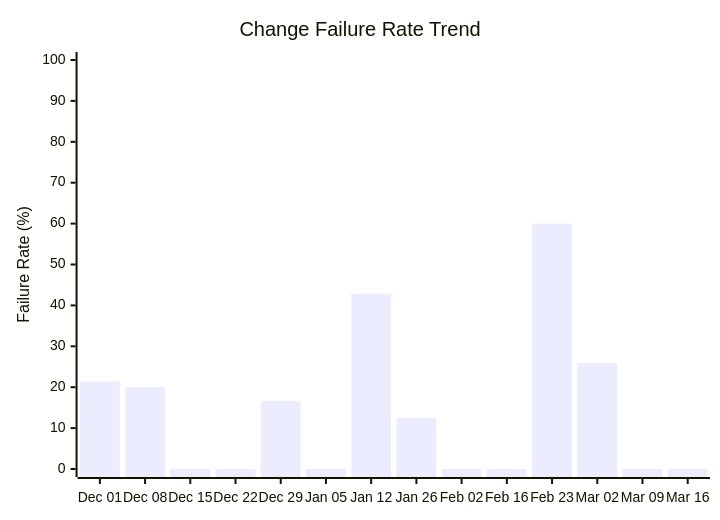
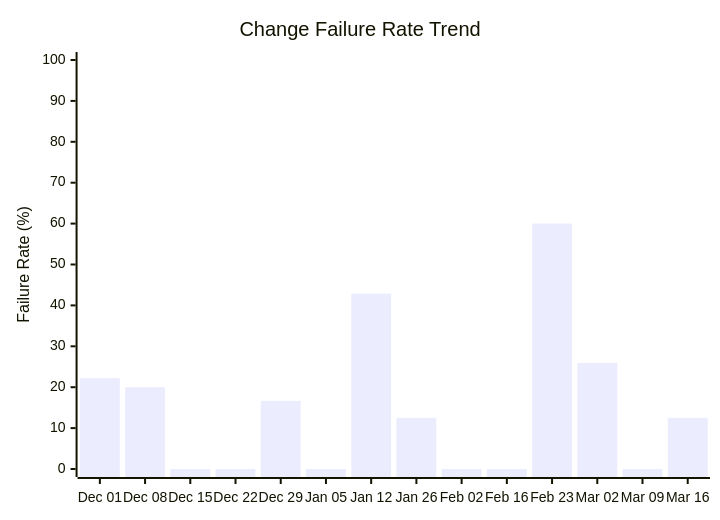
Before and after one commit to ukma-cs-ssdm-2025/rate-ukma: the fourth of 4 diagrams in docs/ci-cd/dora-summary.md, drawn with Mermaid. The commit also changed other lines of this file, not shown here.

````diff
--- a/docs/ci-cd/dora-summary.md
+++ b/docs/ci-cd/dora-summary.md
@@ -73,7 +74,7 @@
 ```mermaid
 xychart-beta
     title "Change Failure Rate Trend"
     x-axis ["Dec 01", "Dec 08", "Dec 15", "Dec 22", "Dec 29", "Jan 05", "Jan 12", "Jan 26", "Feb 02", "Feb 16", "Feb 23", "Mar 02", "Mar 09", "Mar 16"]
     y-axis "Failure Rate (%)" 0 --> 100
-    bar [21.43, 20.00, 0.00, 0.00, 16.67, 0.00, 42.86, 12.50, 0.00, 0.00, 60.00, 25.93, 0.00, 0.00]
+    bar [22.22, 20.00, 0.00, 0.00, 16.67, 0.00, 42.86, 12.50, 0.00, 0.00, 60.00, 25.93, 0.00, 12.50]
 ```
````
